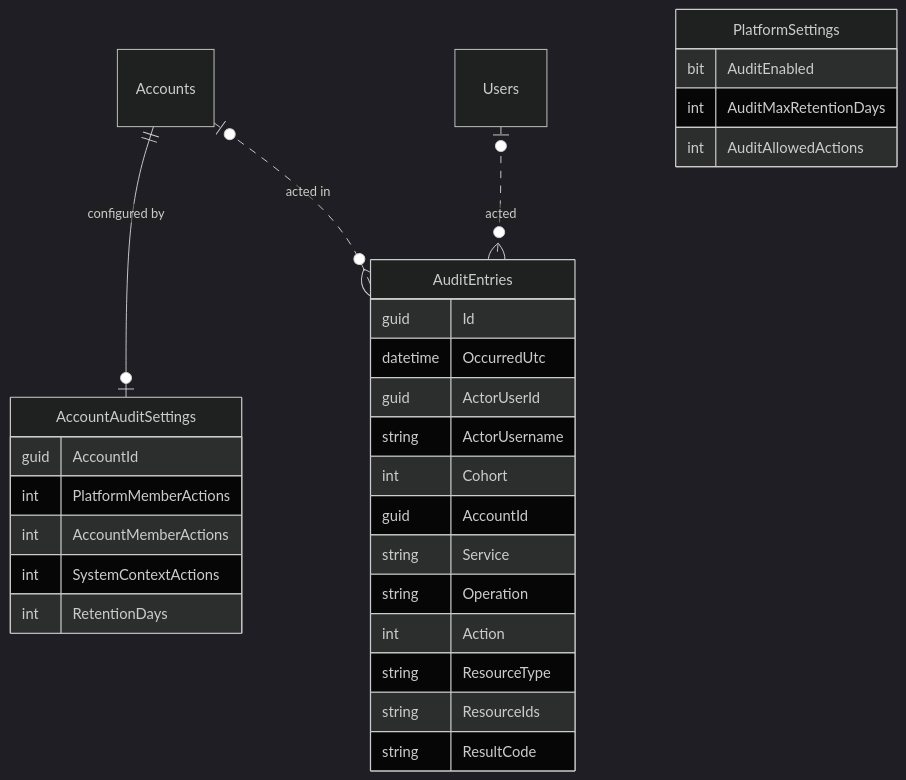
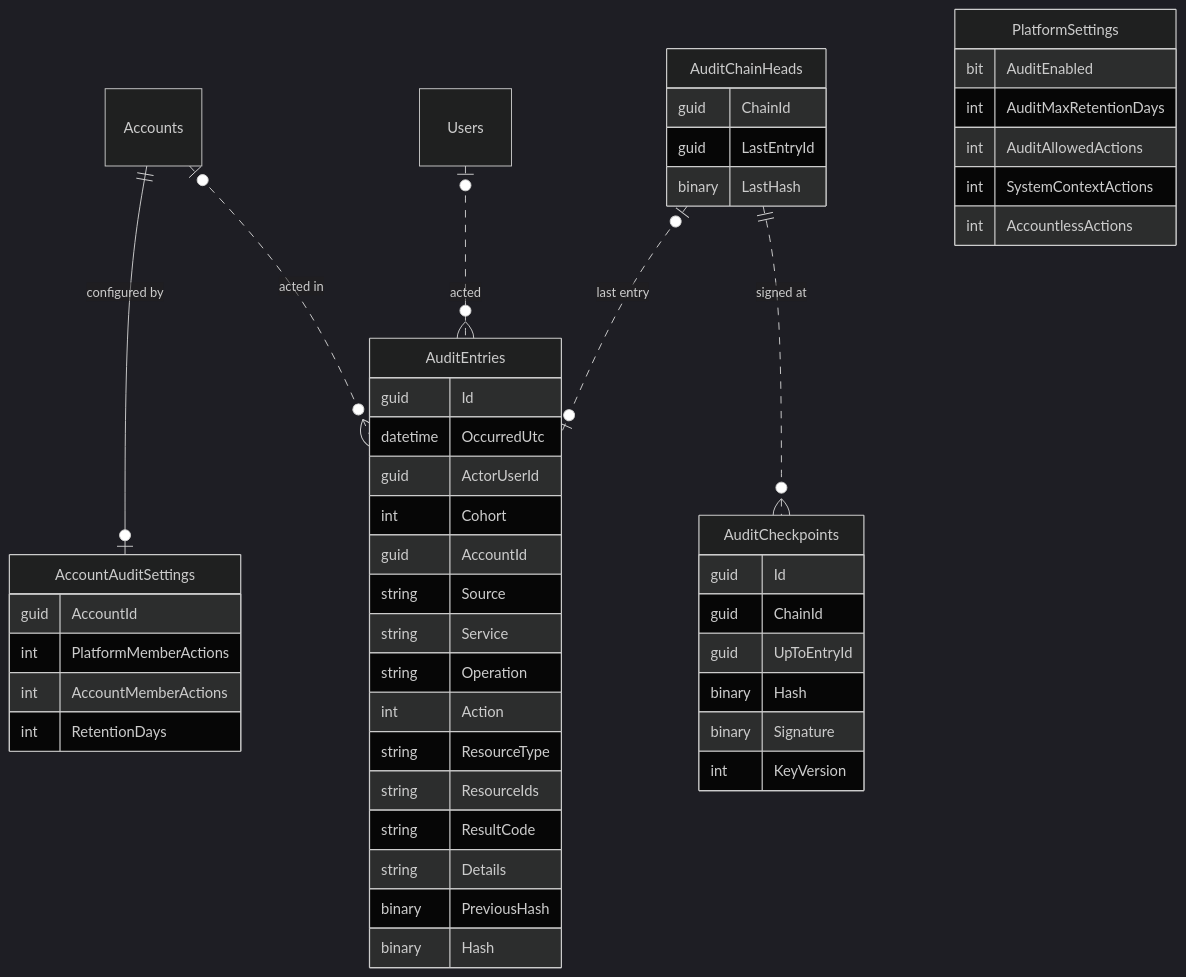
The third of 5 diagrams in Plans/auditing.md (ultrabstrong/Corely.IAM), drawn with Mermaid (dark theme) before and after one commit. The commit also changed other lines of this file, not shown here.

First line of the commit message:
Settle audit visibility, best effort writes, names in details, platform cohorts, export cap and the hash chain

````diff
--- a/Plans/auditing.md
+++ b/Plans/auditing.md
@@ -87,32 +90,51 @@
 ```mermaid
 erDiagram
     Accounts ||--o| AccountAuditSettings : "configured by"
     Accounts |o..o{ AuditEntries : "acted in"
     Users |o..o{ AuditEntries : "acted"
+    AuditChainHeads |o..o| AuditEntries : "last entry"
+    AuditChainHeads ||..o{ AuditCheckpoints : "signed at"
     PlatformSettings {
         bit AuditEnabled
         int AuditMaxRetentionDays
         int AuditAllowedActions
+        int SystemContextActions
+        int AccountlessActions
     }
     AccountAuditSettings {
         guid AccountId
         int PlatformMemberActions
         int AccountMemberActions
-        int SystemContextActions
         int RetentionDays
     }
     AuditEntries {
         guid Id
         datetime OccurredUtc
         guid ActorUserId
-        string ActorUsername
         int Cohort
         guid AccountId
+        string Source
         string Service
         string Operation
         int Action
         string ResourceType
         string ResourceIds
         string ResultCode
+        string Details
+        binary PreviousHash
+        binary Hash
+    }
+    AuditChainHeads {
+        guid ChainId
+        guid LastEntryId
+        binary LastHash
+    }
+    AuditCheckpoints {
+        guid Id
+        guid ChainId
+        guid UpToEntryId
+        binary Hash
+        binary Signature
+        int KeyVersion
     }
 ```
````
